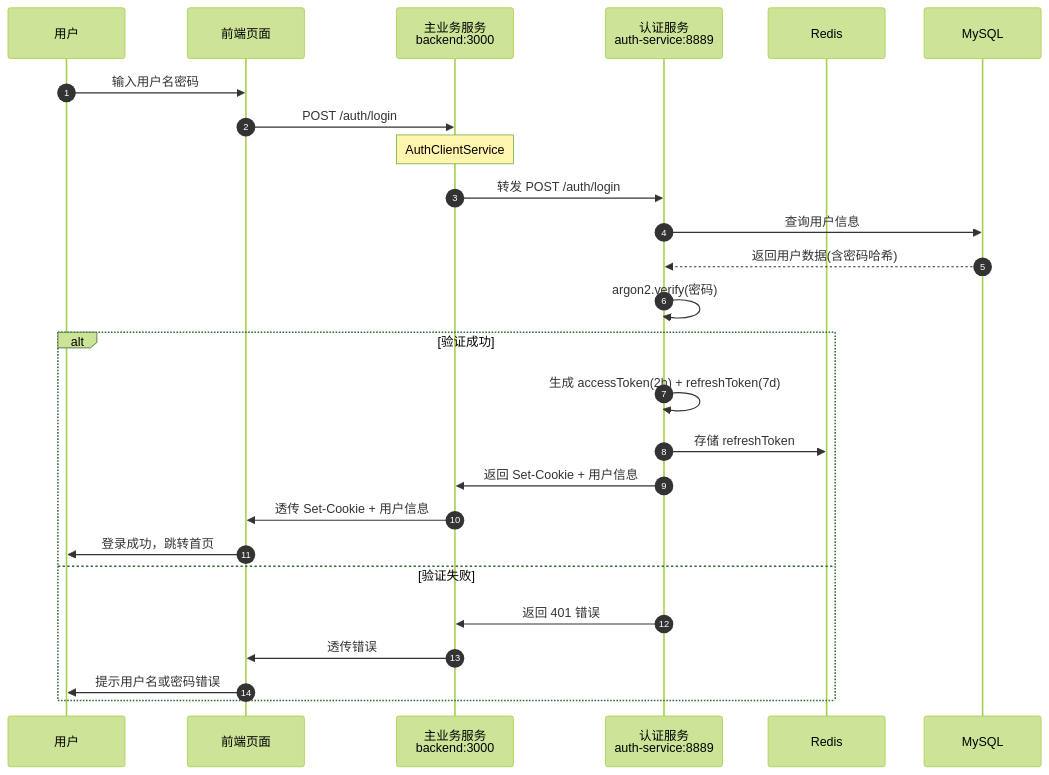
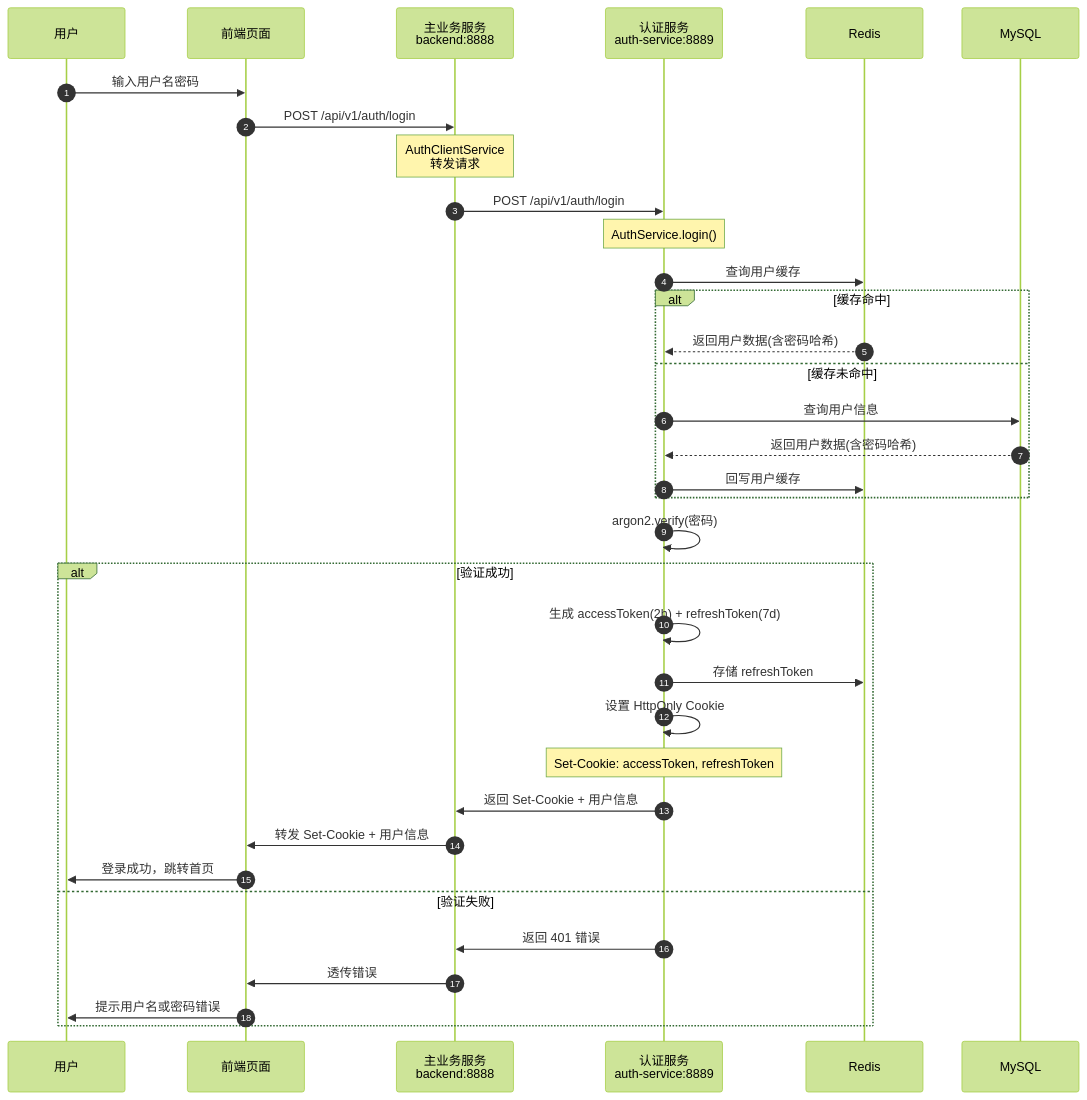
One commit to ShrekYan/OneSelf changed the diagram in docs/architecture/sequence/01-用户登录完整流程.md. Above: the diagram before and after it, drawn with Mermaid (forest theme). The commit also changed other lines of this file and 5 other files, not shown here.

First line of the commit message:
docs: 优化架构图并新增评估与教学文档

````diff
--- a/docs/architecture/sequence/01-用户登录完整流程.md
+++ b/docs/architecture/sequence/01-用户登录完整流程.md
@@ -7,29 +7,38 @@
 ```mermaid
 sequenceDiagram
     autonumber
     participant U as 用户
     participant F as 前端页面
-    participant B as 主业务服务<br/>backend:3000
+    participant B as 主业务服务<br/>backend:8888
     participant A as 认证服务<br/>auth-service:8889
     participant R as Redis
     participant DB as MySQL
 
     U->>F: 输入用户名密码
-    F->>B: POST /auth/login
-    Note over B: AuthClientService
-    B->>A: 转发 POST /auth/login
-    A->>DB: 查询用户信息
-    DB-->>A: 返回用户数据(含密码哈希)
+    F->>B: POST /api/v1/auth/login
+    Note over B: AuthClientService<br/>转发请求
+    B->>A: POST /api/v1/auth/login
+    Note over A: AuthService.login()
+    A->>R: 查询用户缓存
+    alt 缓存命中
+        R-->>A: 返回用户数据(含密码哈希)
+    else 缓存未命中
+        A->>DB: 查询用户信息
+        DB-->>A: 返回用户数据(含密码哈希)
+        A->>R: 回写用户缓存
+    end
     A->>A: argon2.verify(密码)
     alt 验证成功
         A->>A: 生成 accessToken(2h) + refreshToken(7d)
         A->>R: 存储 refreshToken
+        A->>A: 设置 HttpOnly Cookie
+        Note over A: Set-Cookie: accessToken, refreshToken
         A->>B: 返回 Set-Cookie + 用户信息
-        B->>F: 透传 Set-Cookie + 用户信息
+        B->>F: 转发 Set-Cookie + 用户信息
         F->>U: 登录成功，跳转首页
     else 验证失败
         A->>B: 返回 401 错误
         B->>F: 透传错误
         F->>U: 提示用户名或密码错误
     end
 ```
````
